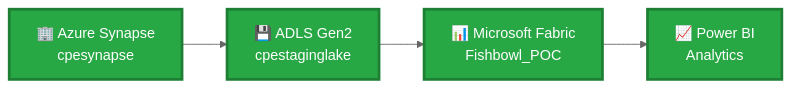
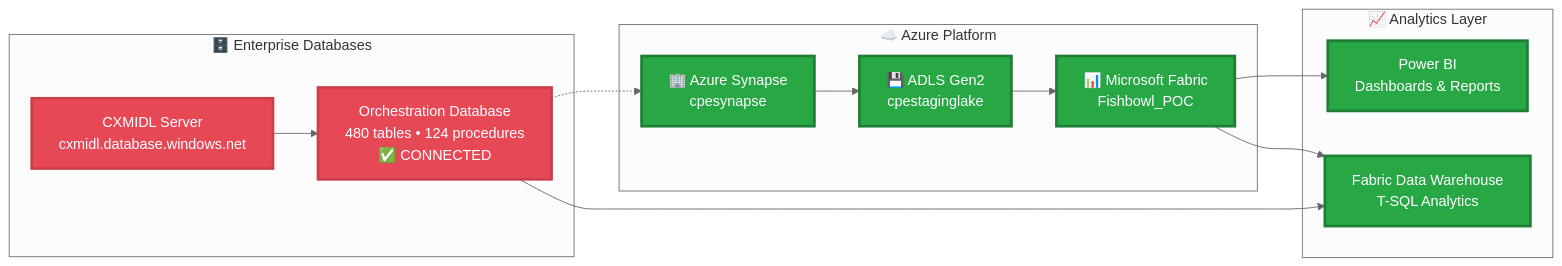
The first of 5 diagrams in README.md (fabioc-aloha/Fishbowl_POC), drawn with Mermaid (neutral theme) before and after one commit. The commit also changed other lines of this file and 19 other files, not shown here.

First line of the commit message:
🚀 Enterprise Integration Complete: CXMIDL Database + Python Environment

````diff
--- a/README.md
+++ b/README.md
@@ -24,9 +26,31 @@
 ```mermaid
 graph LR
-    SYNAPSE[🏢 Azure Synapse<br/>cpesynapse] --> STORAGE[💾 ADLS Gen2<br/>cpestaginglake]
-    STORAGE --> FABRIC[📊 Microsoft Fabric<br/>Fishbowl_POC]
-    FABRIC --> POWERBI[📈 Power BI<br/>Analytics]
+    subgraph "🗄️ Enterprise Databases"
+        CXMIDL[CXMIDL Server<br/>cxmidl.database.windows.net]
+        ORCH[Orchestration Database<br/>480 tables • 124 procedures<br/>✅ CONNECTED]
+    end
+
+    subgraph "☁️ Azure Platform"
+        SYNAPSE[🏢 Azure Synapse<br/>cpesynapse]
+        STORAGE[💾 ADLS Gen2<br/>cpestaginglake]
+        FABRIC[📊 Microsoft Fabric<br/>Fishbowl_POC]
+    end
+
+    subgraph "📈 Analytics Layer"
+        POWERBI[Power BI<br/>Dashboards & Reports]
+        DATAWAREHOUSE[Fabric Data Warehouse<br/>T-SQL Analytics]
+    end
+
+    CXMIDL --> ORCH
+    ORCH -.-> SYNAPSE
+    ORCH --> DATAWAREHOUSE
+    SYNAPSE --> STORAGE
+    STORAGE --> FABRIC
+    FABRIC --> POWERBI
+    FABRIC --> DATAWAREHOUSE
 
     classDef connected fill:#28a745,stroke:#1e7e34,stroke-width:3px,color:#fff
-    class SYNAPSE,STORAGE,FABRIC,POWERBI connected
+    classDef database fill:#e74856,stroke:#cc3e4a,stroke-width:3px,color:#fff
+    class SYNAPSE,STORAGE,FABRIC,POWERBI,DATAWAREHOUSE connected
+    class CXMIDL,ORCH database
 ```
````
